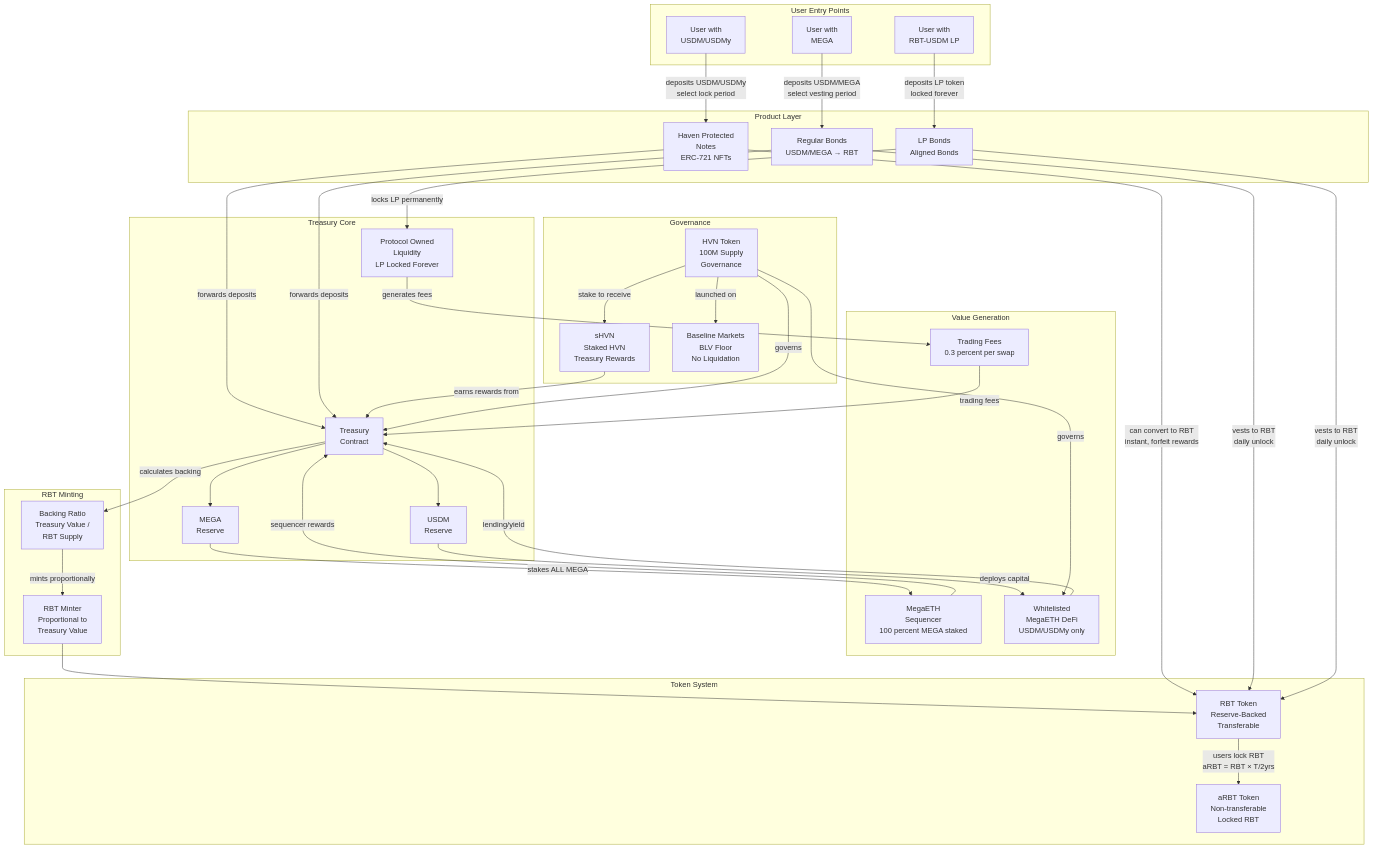
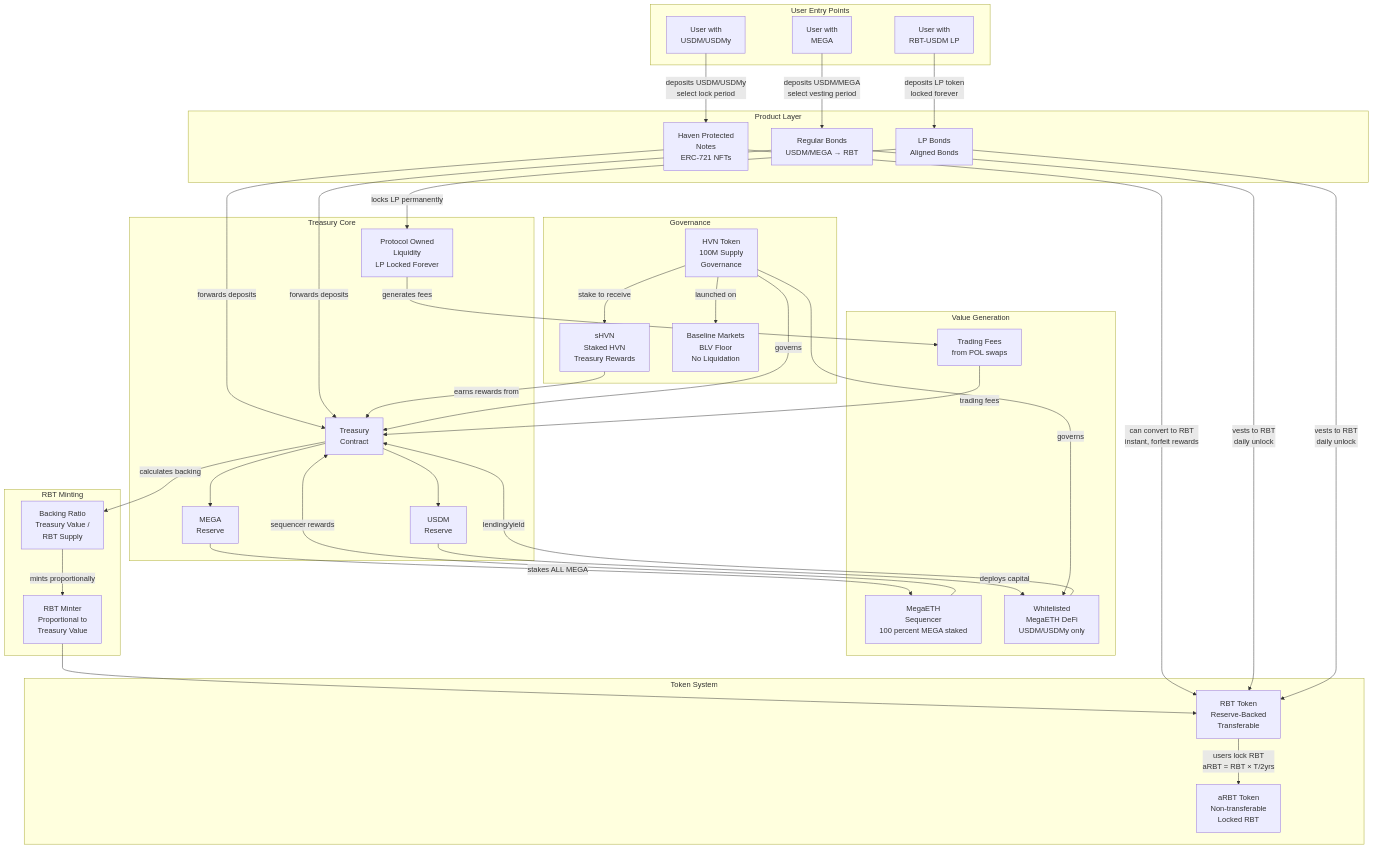
The first of 10 diagrams in blackhaven-architecture-diagrams.md (0xJaehaerys/ohmega), drawn with Mermaid before and after one commit. The commit also changed other lines of this file, not shown here.

Commit message:
Remove speculative trading fee percentages, use generic 'trading fees'

````diff
--- a/blackhaven-architecture-diagrams.md
+++ b/blackhaven-architecture-diagrams.md
@@ -5,79 +5,79 @@
 ```mermaid
 graph TB
     subgraph "User Entry Points"
         USER1[User with<br/>USDM/USDMy]
         USER2[User with<br/>MEGA]
         USER3[User with<br/>RBT-USDM LP]
     end
     
     subgraph "Product Layer"
         HPN[Haven Protected<br/>Notes<br/>ERC-721 NFTs]
         REGULAR_BONDS[Regular Bonds<br/>USDM/MEGA → RBT]
         LP_BONDS[LP Bonds<br/>Aligned Bonds]
     end
     
     subgraph "Treasury Core"
         TREASURY[Treasury<br/>Contract]
         USDM_RESERVE[USDM<br/>Reserve]
         MEGA_RESERVE[MEGA<br/>Reserve]
         POL[Protocol Owned<br/>Liquidity<br/>LP Locked Forever]
     end
     
     subgraph "Value Generation"
         SEQUENCER[MegaETH<br/>Sequencer<br/>100 percent MEGA staked]
         DEFI_STRAT[Whitelisted<br/>MegaETH DeFi<br/>USDM/USDMy only]
-        POL_FEES[Trading Fees<br/>0.3 percent per swap]
+        POL_FEES[Trading Fees<br/>from POL swaps]
     end
     
     subgraph "RBT Minting"
         RBT_MINTER[RBT Minter<br/>Proportional to<br/>Treasury Value]
         BACKING[Backing Ratio<br/>Treasury Value /<br/>RBT Supply]
     end
     
     subgraph "Token System"
         RBT[RBT Token<br/>Reserve-Backed<br/>Transferable]
         ARBT[aRBT Token<br/>Non-transferable<br/>Locked RBT]
     end
     
     subgraph "Governance"
         HVN[HVN Token<br/>100M Supply<br/>Governance]
         SHVN[sHVN<br/>Staked HVN<br/>Treasury Rewards]
         BASELINE[Baseline Markets<br/>BLV Floor<br/>No Liquidation]
     end
     
     USER1 -->|deposits USDM/USDMy<br/>select lock period| HPN
     USER2 -->|deposits USDM/MEGA<br/>select vesting period| REGULAR_BONDS
     USER3 -->|deposits LP token<br/>locked forever| LP_BONDS
     
     HPN -->|forwards deposits| TREASURY
     REGULAR_BONDS -->|forwards deposits| TREASURY
     LP_BONDS -->|locks LP permanently| POL
     
     TREASURY --> USDM_RESERVE
     TREASURY --> MEGA_RESERVE
     
     USDM_RESERVE -->|deploys capital| DEFI_STRAT
     MEGA_RESERVE -->|stakes ALL MEGA| SEQUENCER
     POL -->|generates fees| POL_FEES
     
     SEQUENCER -->|sequencer rewards| TREASURY
     DEFI_STRAT -->|lending/yield| TREASURY
     POL_FEES -->|trading fees| TREASURY
     
     TREASURY -->|calculates backing| BACKING
     BACKING -->|mints proportionally| RBT_MINTER
     RBT_MINTER --> RBT
     
     RBT -->|users lock RBT<br/>aRBT = RBT × T/2yrs| ARBT
     
     HPN -->|can convert to RBT<br/>instant, forfeit rewards| RBT
     REGULAR_BONDS -->|vests to RBT<br/>daily unlock| RBT
     LP_BONDS -->|vests to RBT<br/>daily unlock| RBT
     
     HVN -->|launched on| BASELINE
     HVN -->|stake to receive| SHVN
     SHVN -->|earns rewards from| TREASURY
     
     HVN -->|governs| TREASURY
     HVN -->|governs| DEFI_STRAT
 ```
````
